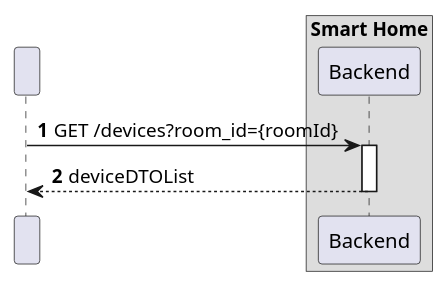
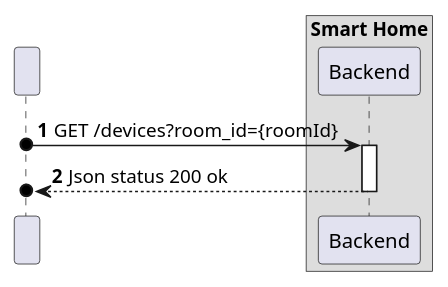
One commit to olivDiogo/SmartHome changed the diagram in docs/ooa/C4_4plus1_models/Level2/ProcessView/ProcessViewLevel2_UC06.puml. Above: the diagram before and after it, drawn with PlantUML. The commit also changed 5 other files, not shown here.

```diff
--- a/docs/ooa/C4_4plus1_models/Level2/ProcessView/ProcessViewLevel2_UC06.puml
+++ b/docs/ooa/C4_4plus1_models/Level2/ProcessView/ProcessViewLevel2_UC06.puml
@@ -1,19 +1,19 @@
 @startuml
 'https://plantuml.com/sequence-diagram
 !pragma layout smetana
 
 autonumber
 
 
 participant " " as HTTP
 box "Smart Home"
     participant "Backend" as BE
 end box
 
-HTTP -> BE : GET /devices?room_id={roomId}
+HTTP o-> BE : GET /devices?room_id={roomId}
 activate BE
 
-BE --> HTTP : deviceDTOList
+BE -->o HTTP : Json status 200 ok
 deactivate BE
 
 @enduml
```
